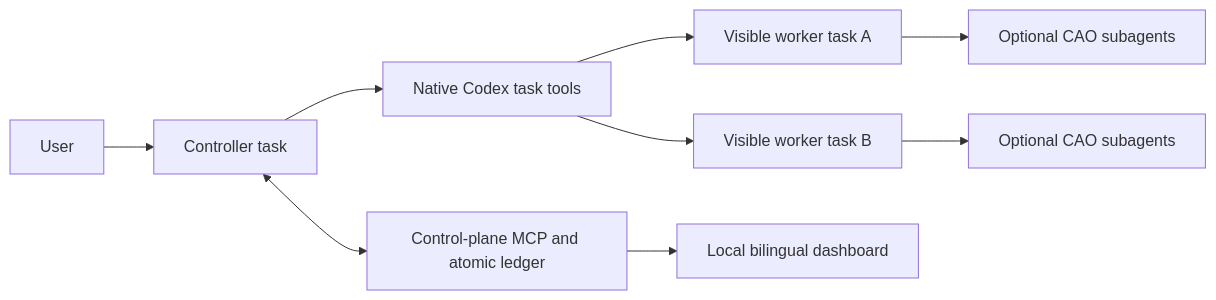
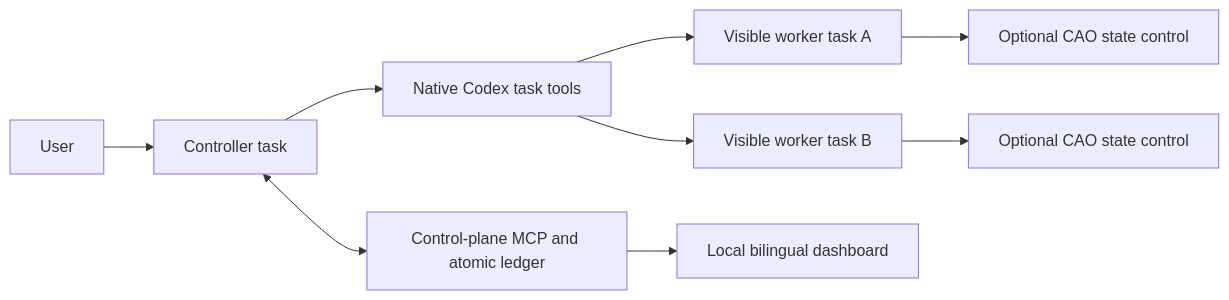
One commit to mlabo-org/codex-task-control-plane changed the diagram in README.md. Above: the diagram before and after it, drawn with Mermaid. The commit also changed other lines of this file and 69 other files, not shown here.

````diff
--- a/README.md
+++ b/README.md
@@ -34,11 +34,11 @@
 ```mermaid
 flowchart LR
   U["User"] --> C["Controller task"]
   C --> N["Native Codex task tools"]
   N --> W1["Visible worker task A"]
   N --> W2["Visible worker task B"]
-  W1 --> A1["Optional CAO subagents"]
-  W2 --> A2["Optional CAO subagents"]
+  W1 --> A1["Optional CAO state control"]
+  W2 --> A2["Optional CAO state control"]
   C <--> L["Control-plane MCP and atomic ledger"]
   L --> D["Local bilingual dashboard"]
 ```
````
